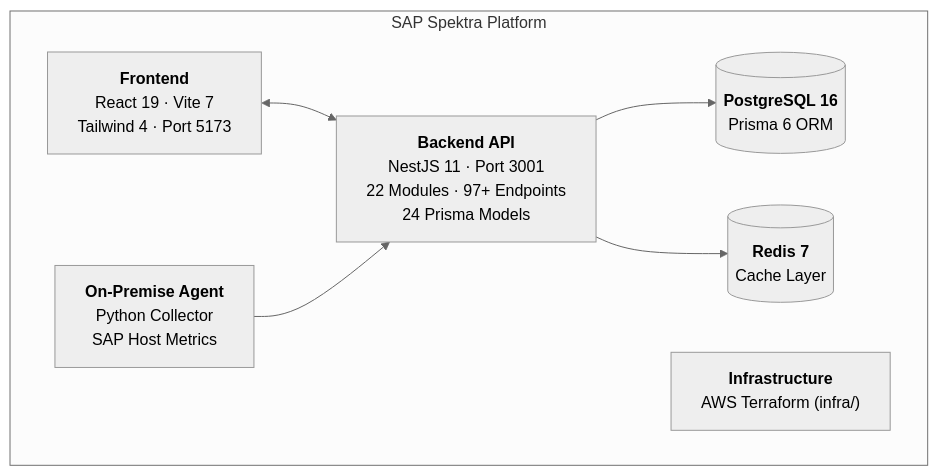
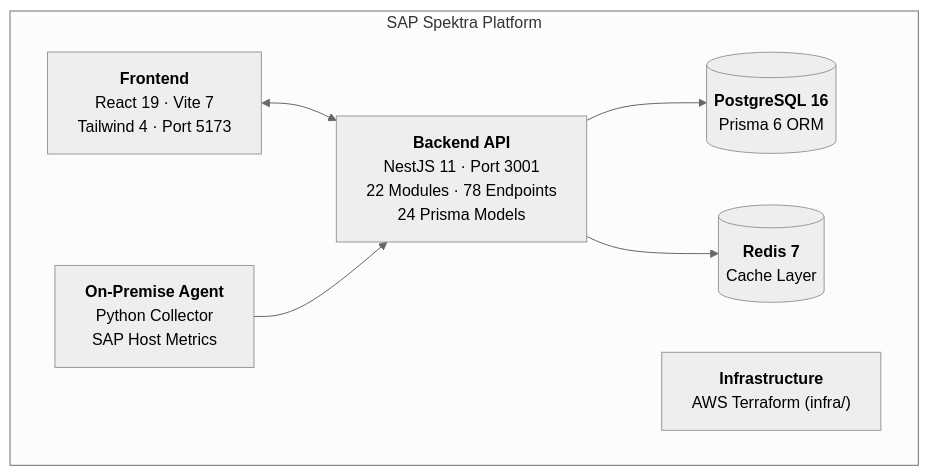
The first of 5 diagrams in ARCHITECTURE.md (maveram-company/sap-spektra), drawn with Mermaid (neutral theme) before and after one commit. The commit also changed other lines of this file and 2 other files, not shown here.

````diff
--- a/ARCHITECTURE.md
+++ b/ARCHITECTURE.md
@@ -5,16 +5,16 @@
 ```mermaid
 graph TB
     subgraph platform["SAP Spektra Platform"]
         FE["<b>Frontend</b><br/>React 19 · Vite 7<br/>Tailwind 4 · Port 5173"]
-        BE["<b>Backend API</b><br/>NestJS 11 · Port 3001<br/>22 Modules · 97+ Endpoints<br/>24 Prisma Models"]
+        BE["<b>Backend API</b><br/>NestJS 11 · Port 3001<br/>22 Modules · 78 Endpoints<br/>24 Prisma Models"]
         AG["<b>On-Premise Agent</b><br/>Python Collector<br/>SAP Host Metrics"]
         INF["<b>Infrastructure</b><br/>AWS Terraform (infra/)"]
         PG[("<b>PostgreSQL 16</b><br/>Prisma 6 ORM")]
         RD[("<b>Redis 7</b><br/>Cache Layer")]
     end
 
     FE <--> BE
     BE --> PG
     BE --> RD
     AG --> BE
 ```
````
